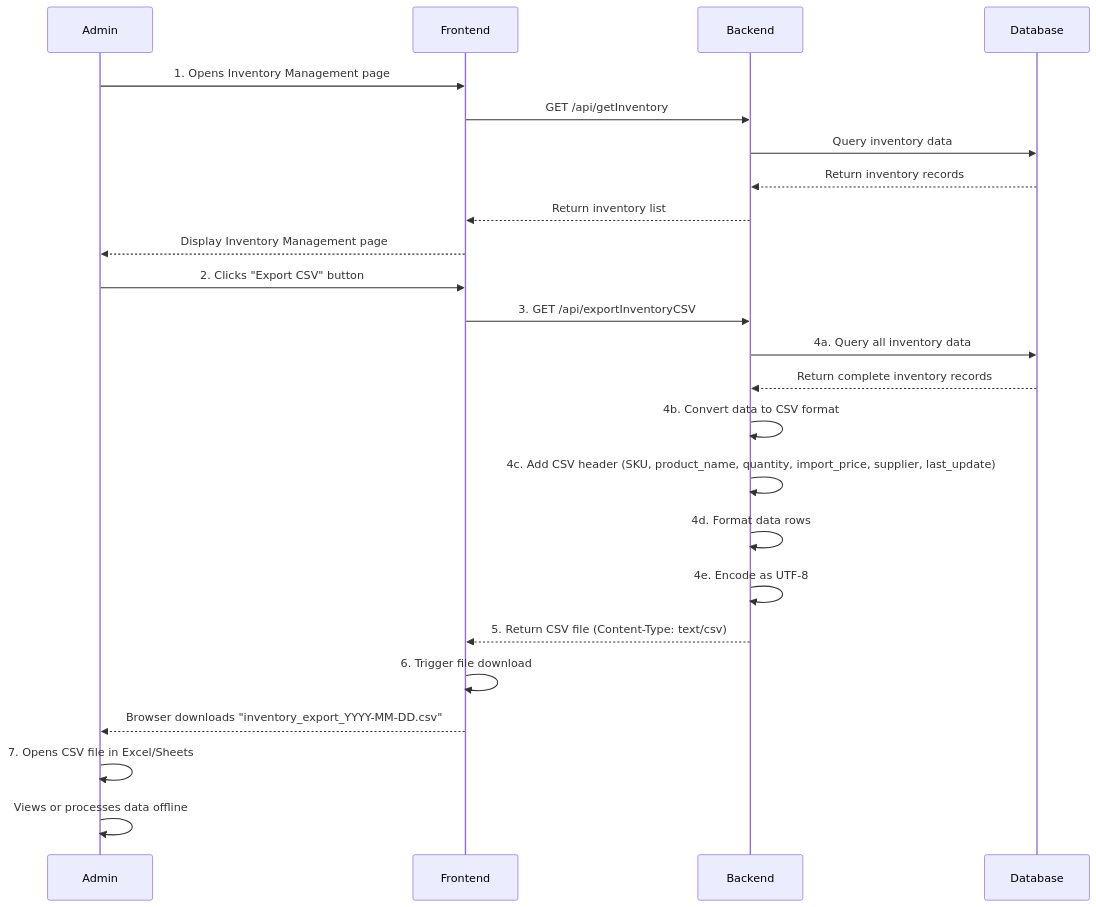
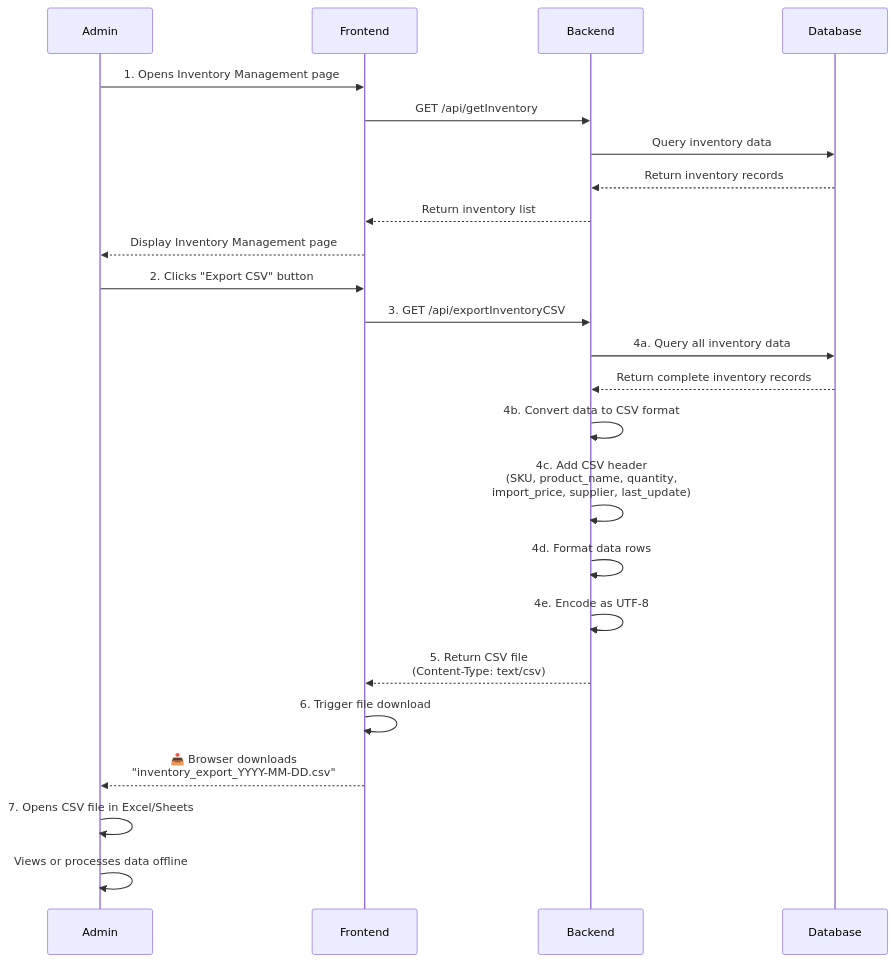
One commit to phuongloannn/bicycle-web-FE changed the sixth of 9 diagrams in UML_Sequence_Diagram_Inventory_CSV.md. Above: the diagram before and after it, drawn with Mermaid. The commit also changed other lines of this file, not shown here.

````diff
--- a/UML_Sequence_Diagram_Inventory_CSV.md
+++ b/UML_Sequence_Diagram_Inventory_CSV.md
@@ -193,33 +221,33 @@
 ```mermaid
 sequenceDiagram
-    participant Admin
-    participant Frontend
-    participant Backend
-    participant Database
+    participant Admin as Admin
+    participant Frontend as Frontend
+    participant Backend as Backend
+    participant Database as Database
 
     Admin->>Frontend: 1. Opens Inventory Management page
     Frontend->>Backend: GET /api/getInventory
     Backend->>Database: Query inventory data
     Database-->>Backend: Return inventory records
     Backend-->>Frontend: Return inventory list
     Frontend-->>Admin: Display Inventory Management page
 
     Admin->>Frontend: 2. Clicks "Export CSV" button
     
     Frontend->>Backend: 3. GET /api/exportInventoryCSV
     Backend->>Database: 4a. Query all inventory data
     Database-->>Backend: Return complete inventory records
     
     Backend->>Backend: 4b. Convert data to CSV format
-    Backend->>Backend: 4c. Add CSV header (SKU, product_name, quantity, import_price, supplier, last_update)
+    Backend->>Backend: 4c. Add CSV header<br/>(SKU, product_name, quantity,<br/>import_price, supplier, last_update)
     Backend->>Backend: 4d. Format data rows
     Backend->>Backend: 4e. Encode as UTF-8
     
-    Backend-->>Frontend: 5. Return CSV file (Content-Type: text/csv)
+    Backend-->>Frontend: 5. Return CSV file<br/>(Content-Type: text/csv)
     
     Frontend->>Frontend: 6. Trigger file download
-    Frontend-->>Admin: Browser downloads "inventory_export_YYYY-MM-DD.csv"
+    Frontend-->>Admin: 📥 Browser downloads<br/>"inventory_export_YYYY-MM-DD.csv"
     
     Admin->>Admin: 7. Opens CSV file in Excel/Sheets
     Admin->>Admin: Views or processes data offline
 ```
````
